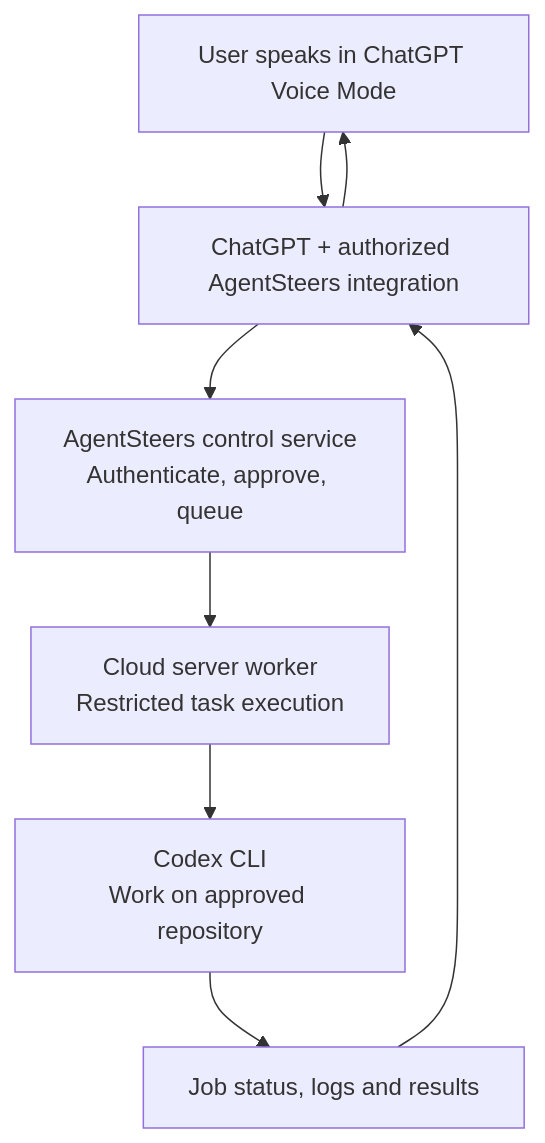
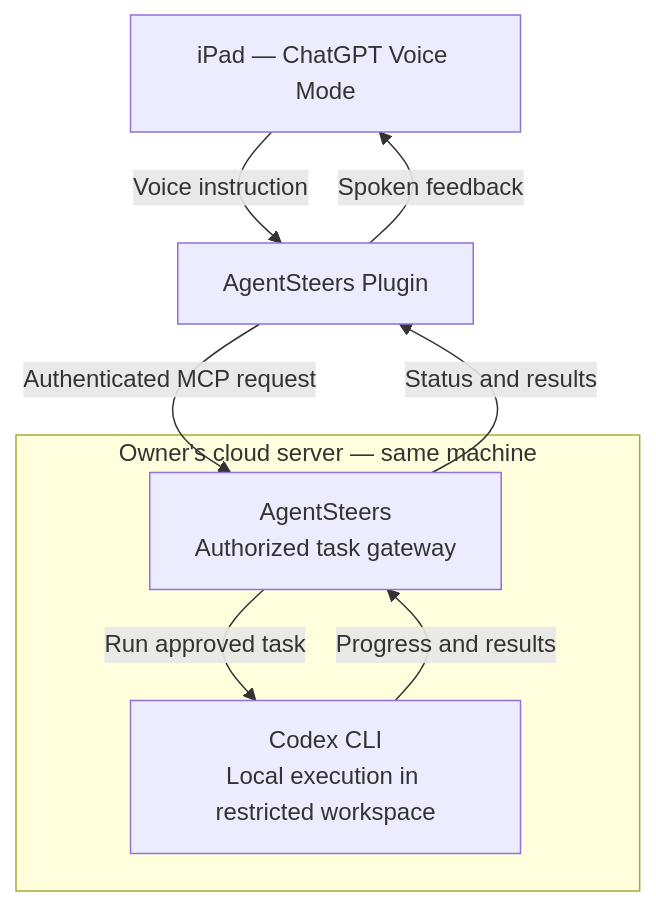
The diagram in README.md (scyllarusllc/agentsteers), drawn with Mermaid before and after one commit. The commit also changed other lines of this file, not shown here.

Commit message:
docs: clarify iPad Voice to same-server AgentSteers and Codex flow

````diff
--- a/README.md
+++ b/README.md
@@ -11,10 +11,15 @@
 ```mermaid
 flowchart TD
-    U["User speaks in ChatGPT Voice Mode"] --> G["ChatGPT + authorized AgentSteers integration"]
-    G --> C["AgentSteers control service<br/>Authenticate, approve, queue"]
-    C --> W["Cloud server worker<br/>Restricted task execution"]
-    W --> X["Codex CLI<br/>Work on approved repository"]
-    X --> R["Job status, logs and results"]
-    R --> G
-    G --> U
+    V["iPad — ChatGPT Voice Mode"]
+    P["AgentSteers Plugin"]
+    subgraph HOST["Owner's cloud server — same machine"]
+        A["AgentSteers<br/>Authorized task gateway"]
+        X["Codex CLI<br/>Local execution in restricted workspace"]
+        A -->|"Run approved task"| X
+        X -->|"Progress and results"| A
+    end
+    V -->|"Voice instruction"| P
+    P -->|"Authenticated MCP request"| A
+    A -->|"Status and results"| P
+    P -->|"Spoken feedback"| V
 ```
````
